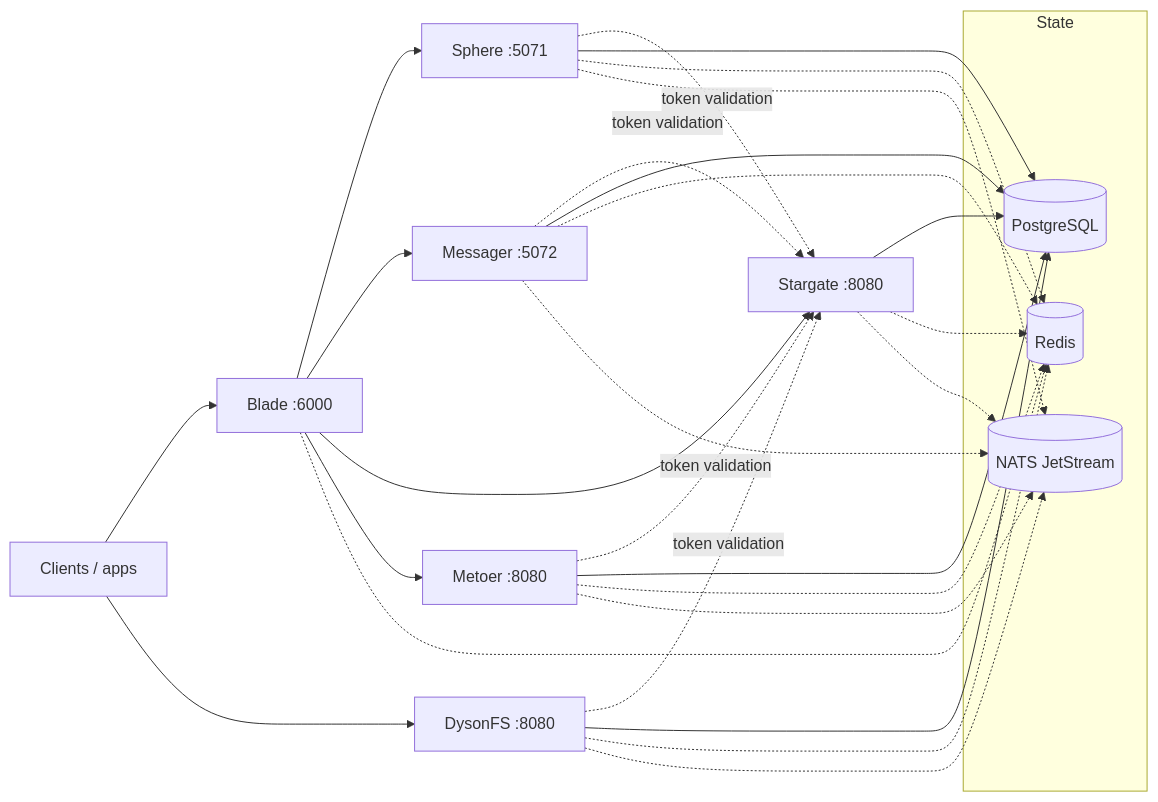
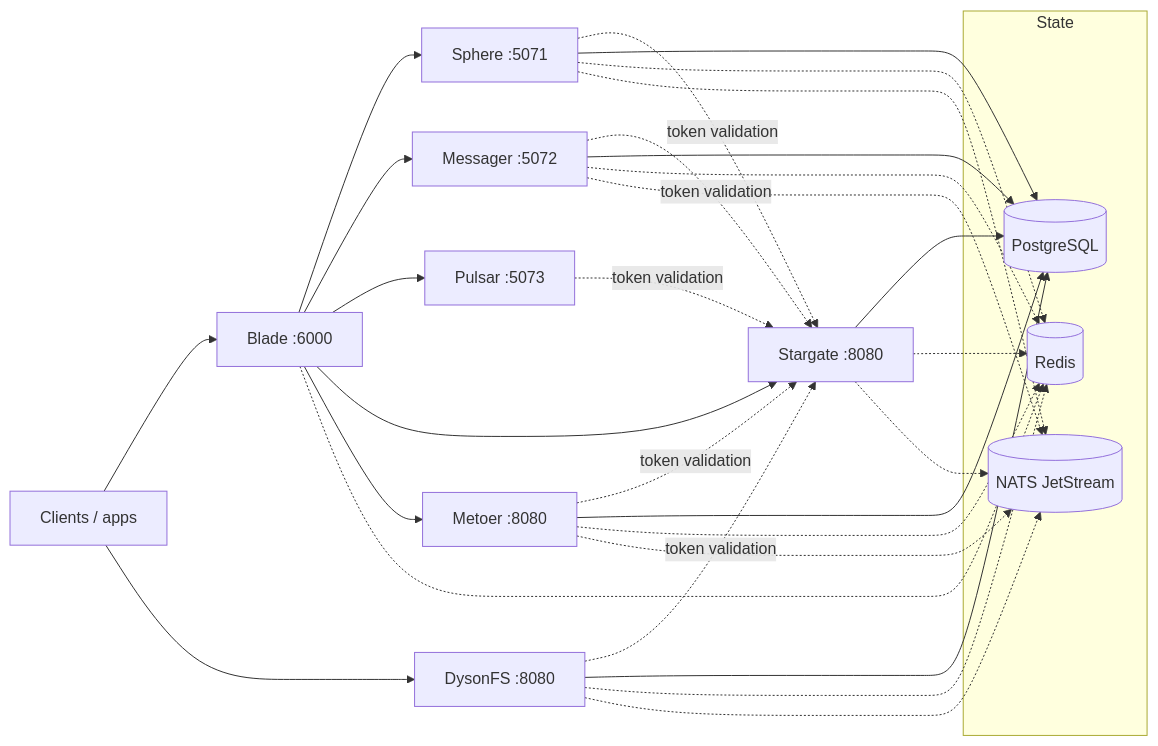
Before and after one commit to Solsynth/LightHouse: the diagram in README.md, drawn with Mermaid. The commit also changed other lines of this file and 23 other files, not shown here.

````diff
--- a/README.md
+++ b/README.md
@@ -29,19 +30,20 @@
 ```mermaid
 flowchart LR
     clients["Clients / apps"] --> blade["Blade :6000"]
     blade --> sphere["Sphere :5071"]
     blade --> messager["Messager :5072"]
+    blade --> pulsar["Pulsar :5073"]
     blade --> stargate["Stargate :8080"]
     blade --> metoer["Metoer :8080"]
     clients --> dysonfs["DysonFS :8080"]
-    sphere & messager & metoer & dysonfs -. "token validation" .-> stargate
+    sphere & messager & pulsar & metoer & dysonfs -. "token validation" .-> stargate
     subgraph state["State"]
         pg[(PostgreSQL)]
         redis[(Redis)]
         nats[(NATS JetStream)]
     end
     sphere & messager & stargate & metoer & dysonfs --> pg
     sphere & messager & stargate & metoer & dysonfs -.-> redis
     sphere & messager & stargate & metoer & dysonfs -.-> nats
     blade -.-> redis
 ```
````
